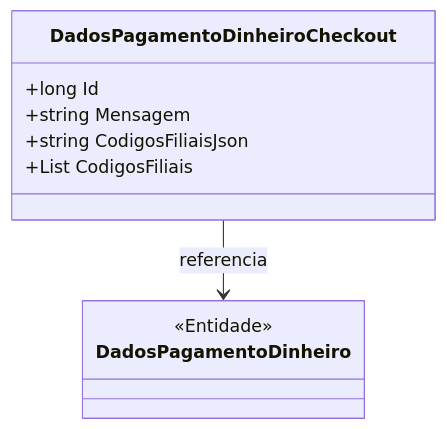
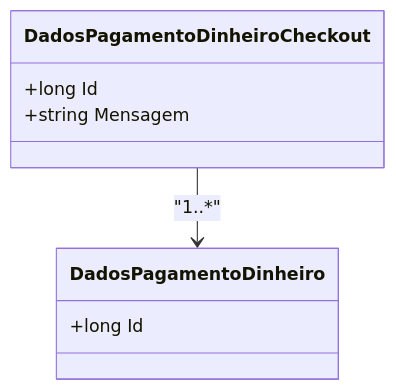
Before and after one commit to IsthmusSistemas/documentacao-tecnica: the diagram in docs/b2b-dominio/IsthmusWinthor.Nucleo/IsthmusWinthor.Dominio/Entidades/DadosPagamentoDinheiroCheckout.md, drawn with Mermaid. The commit also changed other lines of this file and 882 other files, not shown here.

````diff
--- a/docs/b2b-dominio/IsthmusWinthor.Nucleo/IsthmusWinthor.Dominio/Entidades/DadosPagamentoDinheiroCheckout.md
+++ b/docs/b2b-dominio/IsthmusWinthor.Nucleo/IsthmusWinthor.Dominio/Entidades/DadosPagamentoDinheiroCheckout.md
@@ -44,13 +34,12 @@
 ```mermaid
 classDiagram
     class DadosPagamentoDinheiroCheckout {
         +long Id
         +string Mensagem
-        +string CodigosFiliaisJson
-        +List<string> CodigosFiliais
     }
     class DadosPagamentoDinheiro {
-        <<Entidade>>
+        +long Id
     }
-    DadosPagamentoDinheiroCheckout --> DadosPagamentoDinheiro : referencia
+
+    DadosPagamentoDinheiroCheckout --> DadosPagamentoDinheiro : "1..*"
 ```
````
